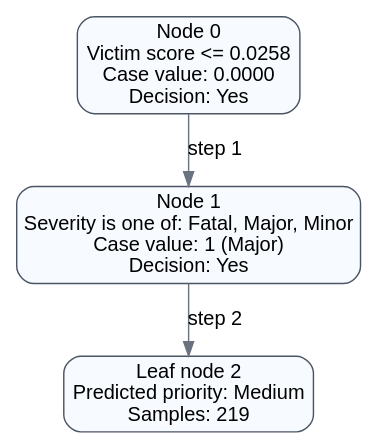
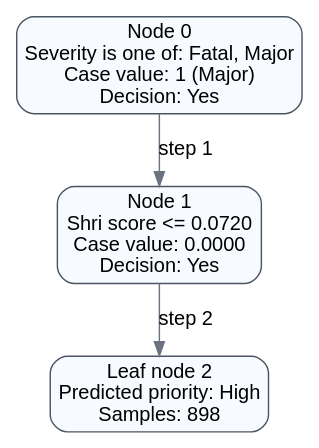
One commit to The-Yesh21/Anavaya-back-end changed the diagram in case_priority_system/decision_graphs/AI_decision_path.dot. Above: the diagram before and after it, drawn with Graphviz. The commit also changed 21 other files, not shown here.

```diff
--- a/case_priority_system/decision_graphs/AI_decision_path.dot
+++ b/case_priority_system/decision_graphs/AI_decision_path.dot
@@ -1,10 +1,10 @@
 digraph DecisionPath {
   rankdir=TB;
   node [shape=box, style="rounded,filled", fillcolor="#F7FBFF", color="#4B5563", fontname="Arial"];
   edge [color="#6B7280", fontname="Arial"];
-  n0 [label="Node 0\nVictim score <= 0.0258\nCase value: 0.0000\nDecision: Yes"];
-  n1 [label="Node 1\nSeverity is one of: Fatal, Major, Minor\nCase value: 1 (Major)\nDecision: Yes"];
+  n0 [label="Node 0\nSeverity is one of: Fatal, Major\nCase value: 1 (Major)\nDecision: Yes"];
+  n1 [label="Node 1\nShri score <= 0.0720\nCase value: 0.0000\nDecision: Yes"];
   n0 -> n1 [label="step 1"];
-  n2 [label="Leaf node 2\nPredicted priority: Medium\nSamples: 219"];
+  n2 [label="Leaf node 2\nPredicted priority: High\nSamples: 898"];
   n1 -> n2 [label="step 2"];
 }
```
